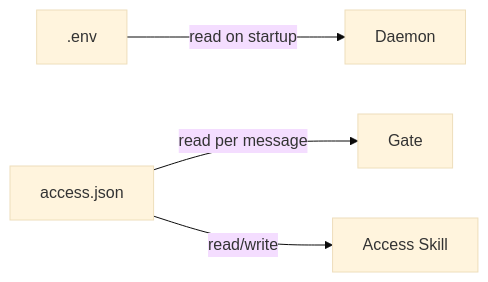
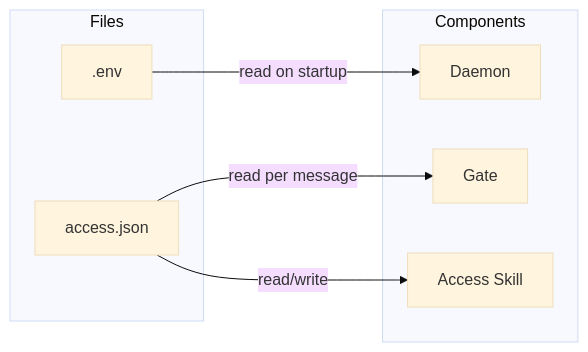
One commit to HealGaren/claude-channel-mux changed the eighth of 12 diagrams in docs/guides/architecture.md. Above: the diagram before and after it, drawn with Mermaid (base theme). The commit also changed other lines of this file, not shown here.

Commit message:
docs: add subgraph boxes to state directory diagrams

````diff
--- a/docs/guides/architecture.md
+++ b/docs/guides/architecture.md
@@ -172,6 +172,16 @@
 ```mermaid
 graph LR
-    ENV[.env] -->|read on startup| Daemon
-    ACC[access.json] -->|read per message| Gate
-    ACC -->|read/write| Skill[Access Skill]
+    subgraph Components
+        Daemon
+        Gate
+        Skill[Access Skill]
+    end
+    subgraph Files
+        ENV[.env]
+        ACC[access.json]
+    end
+
+    ENV -->|read on startup| Daemon
+    ACC -->|read per message| Gate
+    ACC -->|read/write| Skill
 ```
````
